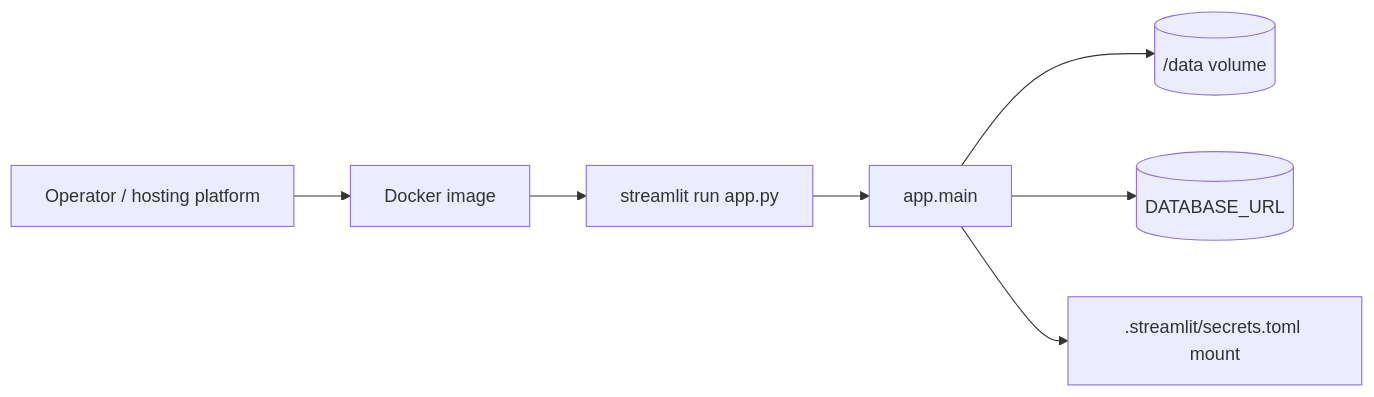
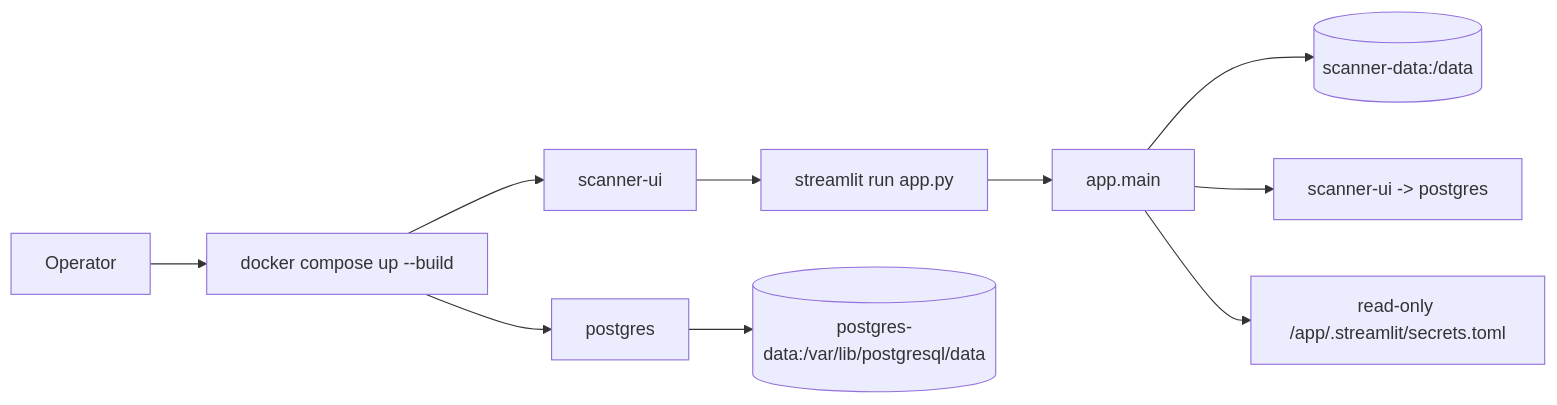
One commit to DoRmAmMu1997/Streamlit-Scanner-App changed the diagram in docs/architecture/components/deployment-runtime.md. Above: the diagram before and after it, drawn with Mermaid. The commit also changed other lines of this file and 10 other files, not shown here.

Commit message:
feat(DEPLOY-002): add Docker Compose local production stack

````diff
--- a/docs/architecture/components/deployment-runtime.md
+++ b/docs/architecture/components/deployment-runtime.md
@@ -21,9 +25,12 @@
 ```mermaid
 flowchart LR
-    Operator["Operator / hosting platform"] --> Image["Docker image"]
-    Image --> Streamlit["streamlit run app.py"]
+    Operator["Operator"] --> Compose["docker compose up --build"]
+    Compose --> UI["scanner-ui"]
+    Compose --> PG["postgres"]
+    UI --> Streamlit["streamlit run app.py"]
     Streamlit --> App["app.main"]
-    App --> Data[("/data volume")]
-    App --> DB[("DATABASE_URL")]
-    App --> Secrets[".streamlit/secrets.toml mount"]
+    App --> Data[("scanner-data:/data")]
+    App --> DB["scanner-ui -> postgres"]
+    PG --> PGData[("postgres-data:/var/lib/postgresql/data")]
+    App --> Secrets["read-only /app/.streamlit/secrets.toml"]
 ```
````
